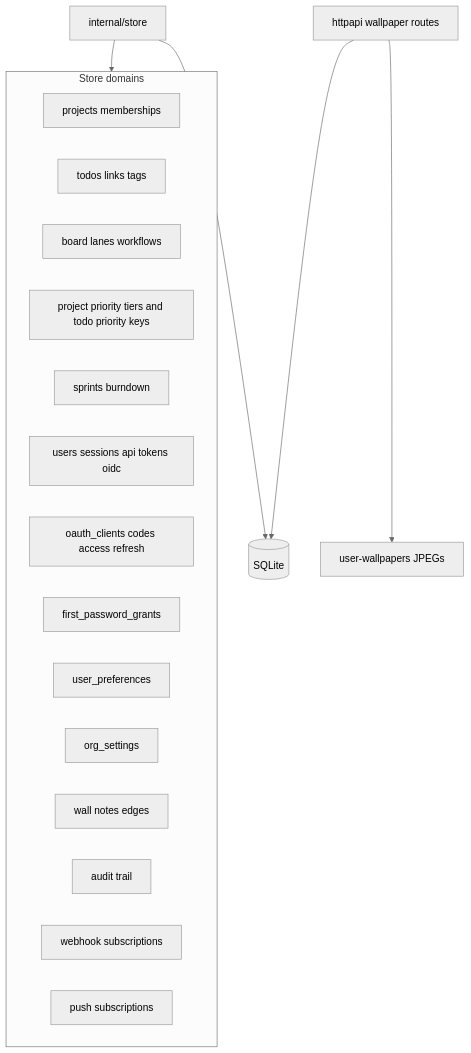
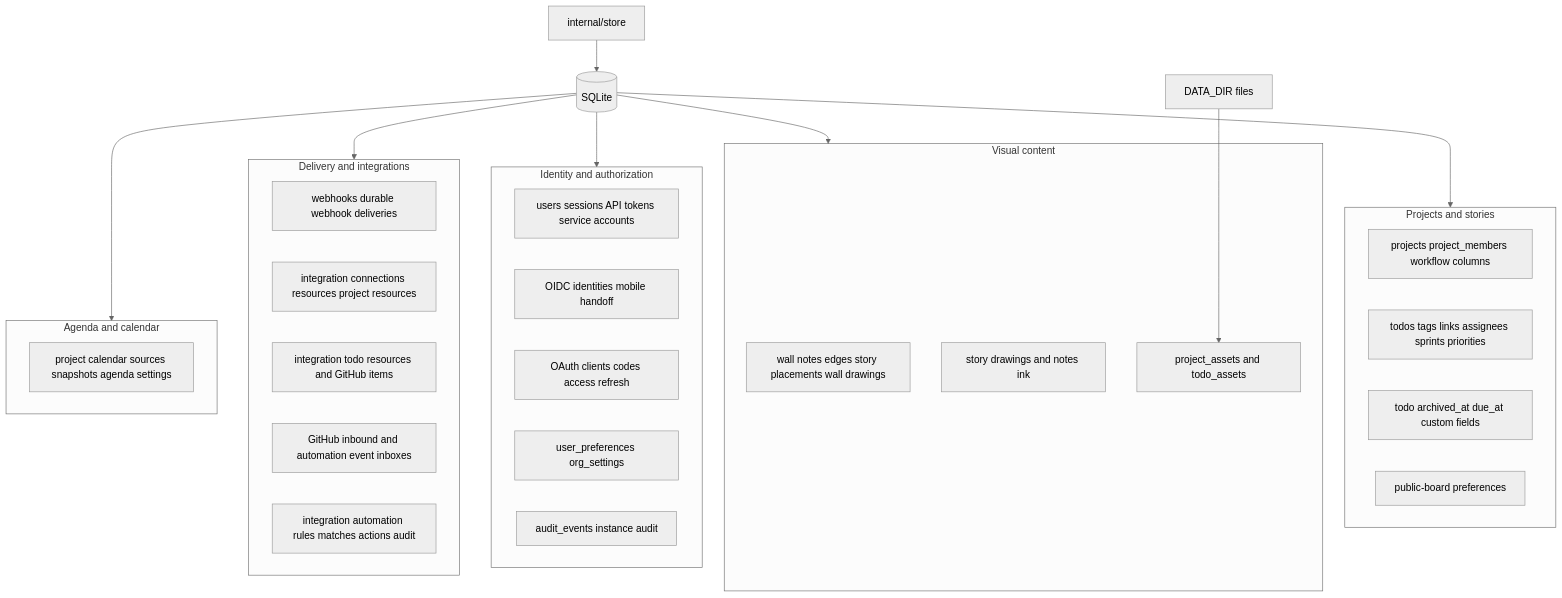
Before and after one commit to markrai/scrumboy: the first of 3 diagrams in docs/diagrams/scrumboy_data_model.md, drawn with Mermaid (neutral theme). The commit also changed other lines of this file and 189 other files, not shown here.

````diff
--- a/docs/diagrams/scrumboy_data_model.md
+++ b/docs/diagrams/scrumboy_data_model.md
@@ -5,29 +5,47 @@
 ```mermaid
 flowchart TB
   SQL[(SQLite)]
-  Files["user-wallpapers JPEGs"]
   Store[internal/store]
-  HTTP[httpapi wallpaper routes]
+  Files["DATA_DIR files"]
 
-  subgraph domains [Store domains]
-    Proj[projects memberships]
-    Todo[todos links tags]
-    Board[board lanes workflows]
-    Priority[project priority tiers and todo priority keys]
-    Sprint[sprints burndown]
-    AuthDom[users sessions api tokens oidc]
-    OAuthDom[oauth_clients codes access refresh]
-    FirstPwd[first_password_grants]
-    Prefs[user_preferences]
-    OrgSet[org_settings]
-    WallDom[wall notes edges]
-    Audit[audit trail]
-    WHook[webhook subscriptions]
-    PushDom[push subscriptions]
+  subgraph core [Projects and stories]
+    Projects[projects project_members workflow columns]
+    Todos[todos tags links assignees sprints priorities]
+    Archive[todo archived_at due_at custom fields]
+    Public[public-board preferences]
+  end
+
+  subgraph visual [Visual content]
+    Wall[wall notes edges story placements wall drawings]
+    Notes[story drawings and notes ink]
+    Assets[project_assets and todo_assets]
+  end
+
+  subgraph identity [Identity and authorization]
+    Users[users sessions API tokens service accounts]
+    OIDC[OIDC identities mobile handoff]
+    OAuth[OAuth clients codes access refresh]
+    Prefs[user_preferences org_settings]
+    Audit[audit_events instance audit]
+  end
+
+  subgraph integrations [Delivery and integrations]
+    OutWH[webhooks durable webhook deliveries]
+    GHConn[integration connections resources project resources]
+    GHRefs[integration todo resources and GitHub items]
+    GHInbox[GitHub inbound and automation event inboxes]
+    Auto[integration automation rules matches actions audit]
+  end
+
+  subgraph agenda [Agenda and calendar]
+    Cal[project calendar sources snapshots agenda settings]
   end
 
   Store --> SQL
-  Store --> domains
-  HTTP --> Files
-  HTTP --> SQL
+  SQL --> core
+  SQL --> visual
+  SQL --> identity
+  SQL --> integrations
+  SQL --> agenda
+  Files --> Assets
 ```
````
